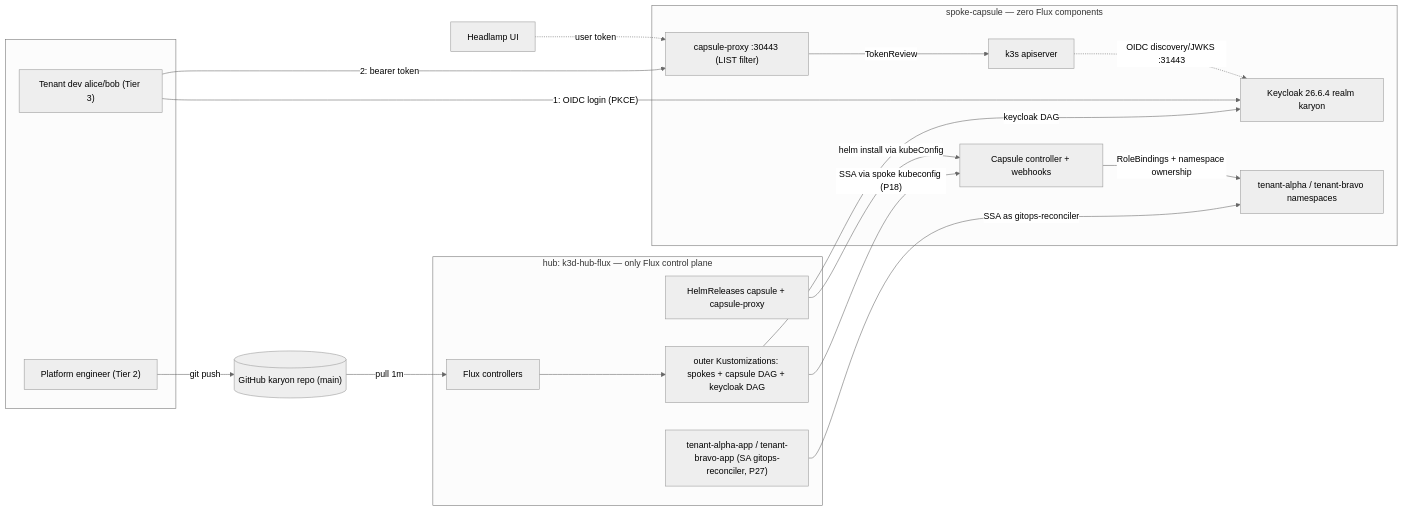
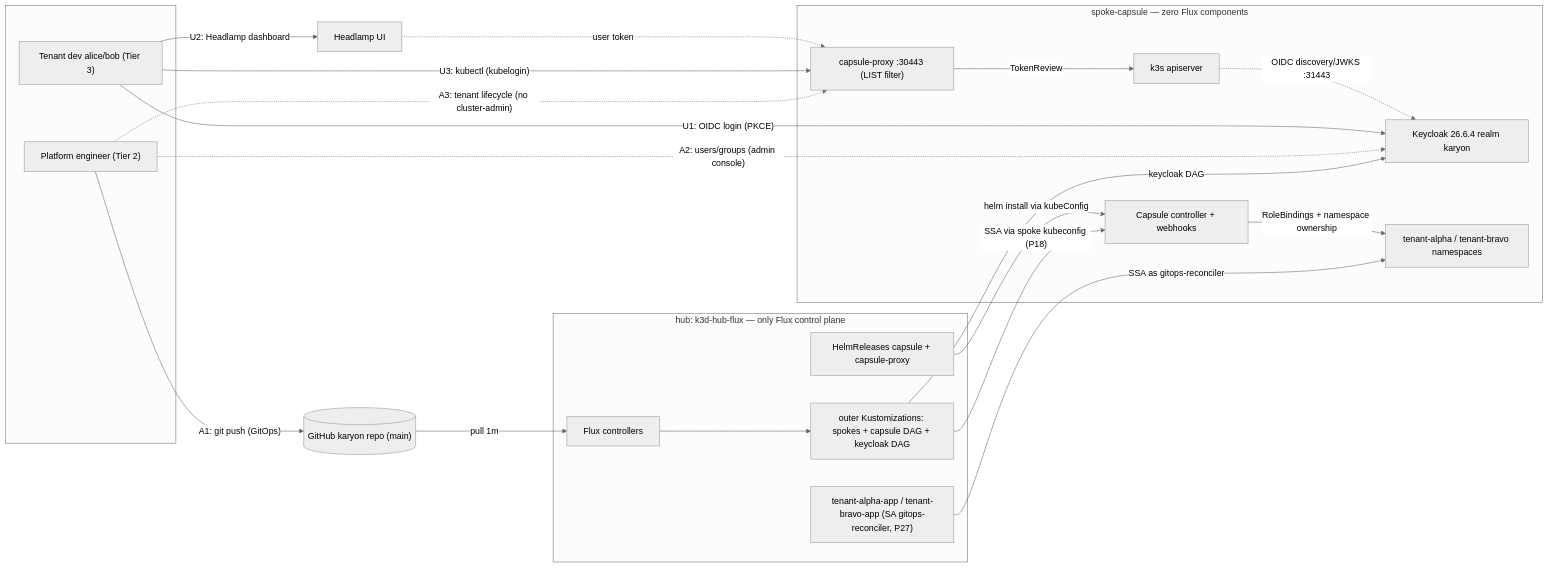
Before and after one commit to richard-iovanisci/karyon: the diagram in docs/architecture-flux-capsule-keycloak.md, drawn with Mermaid (neutral theme). The commit also changed other lines of this file and 1 other file, not shown here.

First line of the commit message:
docs(architecture): five-component roster + persona journeys; diagram persona lanes + icons

````diff
--- a/docs/architecture-flux-capsule-keycloak.md
+++ b/docs/architecture-flux-capsule-keycloak.md
@@ -30,34 +30,37 @@
 ```mermaid
 flowchart LR
   subgraph actors [" "]
     OP["Platform engineer (Tier 2)"]
     DEV["Tenant dev alice/bob (Tier 3)"]
   end
   GH[("GitHub karyon repo (main)")]
   subgraph HUB ["hub: k3d-hub-flux — only Flux control plane"]
     FLUX["Flux controllers"]
     KS["outer Kustomizations: spokes + capsule DAG + keycloak DAG"]
     HR["HelmReleases capsule + capsule-proxy"]
     TK["tenant-alpha-app / tenant-bravo-app (SA gitops-reconciler, P27)"]
   end
   subgraph SPOKE ["spoke-capsule — zero Flux components"]
     API["k3s apiserver"]
     CAPS["Capsule controller + webhooks"]
     PROXY["capsule-proxy :30443 (LIST filter)"]
     KC["Keycloak 26.6.4 realm karyon"]
     TNS["tenant-alpha / tenant-bravo namespaces"]
   end
-  OP -- git push --> GH
+  OP -- "A1: git push (GitOps)" --> GH
   GH -- pull 1m --> FLUX
   FLUX --> KS
   KS -- "SSA via spoke kubeconfig (P18)" --> CAPS
   KS -- "keycloak DAG" --> KC
   HR -- "helm install via kubeConfig" --> CAPS
   TK -- "SSA as gitops-reconciler" --> TNS
   CAPS -- "RoleBindings + namespace ownership" --> TNS
-  DEV -- "1: OIDC login (PKCE)" --> KC
-  DEV -- "2: bearer token" --> PROXY
+  OP -. "A2: users/groups (admin console)" .-> KC
+  OP -. "A3: tenant lifecycle (no cluster-admin)" .-> PROXY
+  DEV -- "U1: OIDC login (PKCE)" --> KC
+  DEV -- "U3: kubectl (kubelogin)" --> PROXY
+  DEV -- "U2: Headlamp dashboard" --> HL2
   PROXY -- TokenReview --> API
   HL2["Headlamp UI"] -. "user token" .-> PROXY
   API -. "OIDC discovery/JWKS :31443" .-> KC
 ```
````
